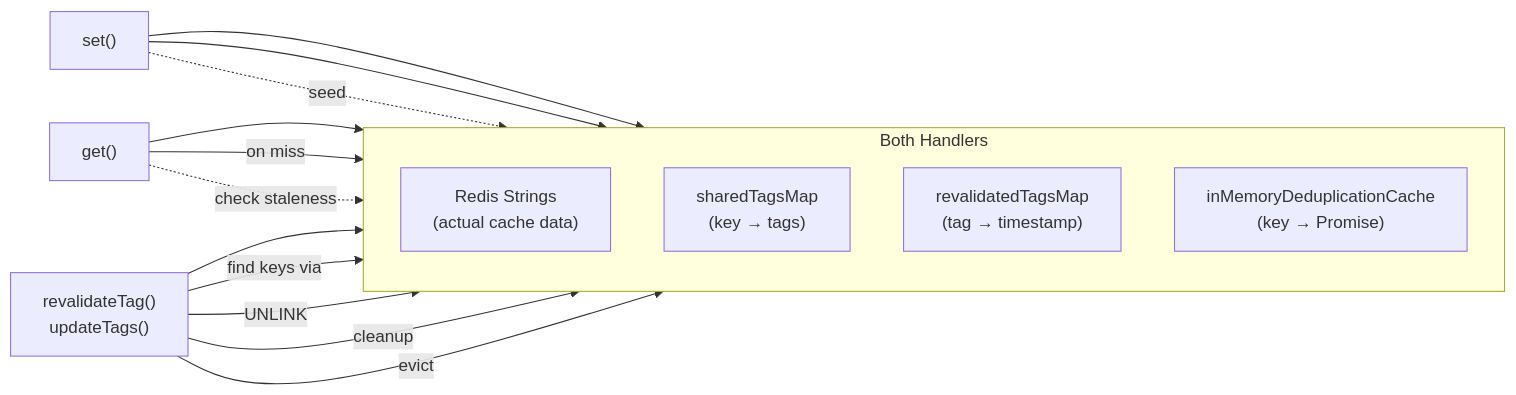
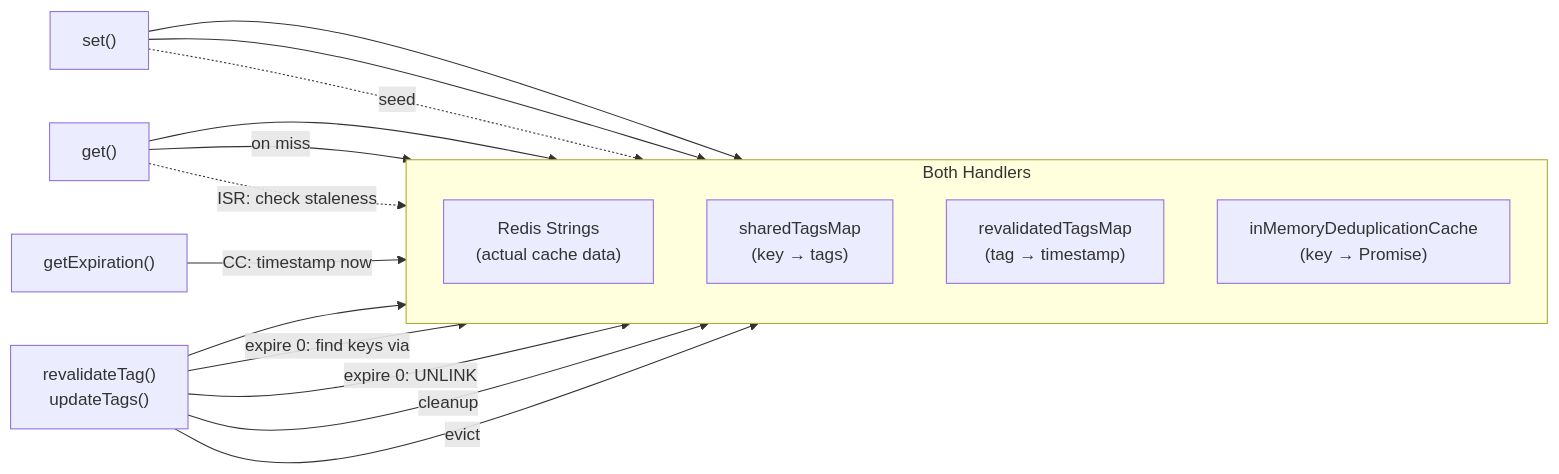
One commit to trieb-work/nextjs-turbo-redis-cache changed the ninth of 9 diagrams in ARCHITECTURE.md. Above: the diagram before and after it, drawn with Mermaid. The commit also changed other lines of this file and 12 other files, not shown here.

````diff
--- a/ARCHITECTURE.md
+++ b/ARCHITECTURE.md
@@ -408,22 +414,23 @@
 ```mermaid
 flowchart LR
     subgraph "Both Handlers"
         direction TB
         A["Redis Strings\n(actual cache data)"]
         B["sharedTagsMap\n(key → tags)"]
         C["revalidatedTagsMap\n(tag → timestamp)"]
         D["inMemoryDeduplicationCache\n(key → Promise)"]
     end
 
     SET["set()"] --> A
     SET --> B
     SET -.->|"seed"| D
     GET["get()"] --> D
     GET -->|"on miss"| A
-    GET -.->|"check staleness"| C
+    GET -.->|"ISR: check staleness"| C
+    EXP["getExpiration()"] -->|"CC: timestamp now"| C
     REV["revalidateTag()\nupdateTags()"] --> C
-    REV -->|"find keys via"| B
-    REV -->|"UNLINK"| A
+    REV -->|"expire 0: find keys via"| B
+    REV -->|"expire 0: UNLINK"| A
     REV -->|"cleanup"| B
     REV -->|"evict"| D
 ```
````
